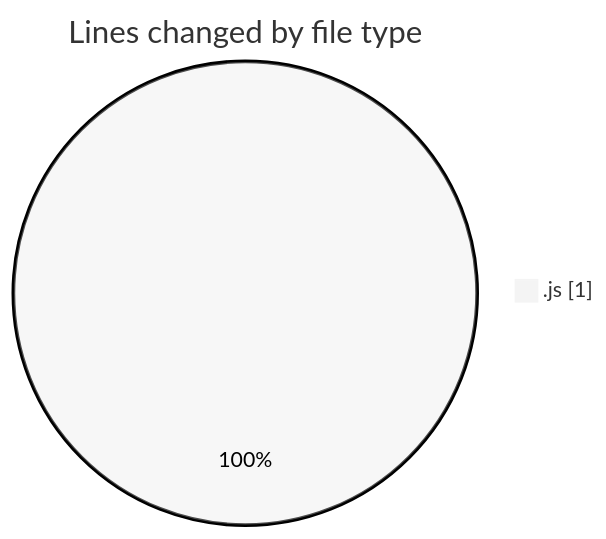
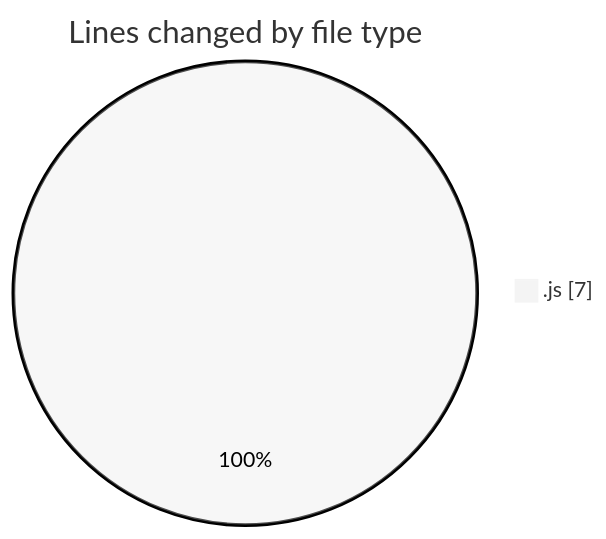
One commit to nxtqubesakshisongat/code-tracking changed the first of 2 diagrams in 2025-12-10/nxtqube_webapp/README.md. Above: the diagram before and after it, drawn with Mermaid (neutral theme). The commit also changed other lines of this file and 1 other file, not shown here.

````diff
--- a/2025-12-10/nxtqube_webapp/README.md
+++ b/2025-12-10/nxtqube_webapp/README.md
@@ -20,5 +20,5 @@
 ```mermaid
 pie showData
 title Lines changed by file type
-".js" : 1
+".js" : 7
 ```
````
